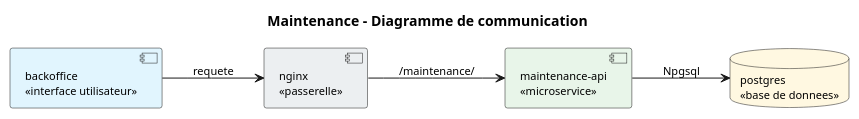
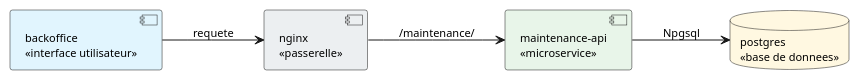
One commit to saber-barhoumi/Xpark-gmao changed the diagram in docs/diagrams/microservices/Maintenance/Maintenance-communication.puml. Above: the diagram before and after it, drawn with PlantUML. The commit also changed 217 other files, not shown here.

```diff
--- a/docs/diagrams/microservices/Maintenance/Maintenance-communication.puml
+++ b/docs/diagrams/microservices/Maintenance/Maintenance-communication.puml
@@ -1,32 +1,30 @@
 @startuml
 skinparam style strictuml
 skinparam packageStyle rectangle
 skinparam classAttributeIconSize 0
 skinparam shadowing false
 skinparam defaultFontName Verdana
 skinparam defaultFontSize 11
 skinparam backgroundColor #FFFFFF
 hide empty members
 skinparam componentStyle rectangle
 left to right direction
-
-title Maintenance - Diagramme de communication
 
 ' 1. Clients
 component "backoffice\n<<interface utilisateur>>" as BO #E1F5FE
 
 ' 2. Passerelle
 component "nginx\n<<passerelle>>" as GW #ECEFF1
 
 ' 3. Service
 component "maintenance-api\n<<microservice>>" as API #E8F5E9
 
 ' 4. Persistance et messagerie
 database "postgres\n<<base de donnees>>" as BD #FFF8E1
 
 ' Flux synchrone (HTTP), de gauche a droite
 BO --> GW : requete
 GW --> API : /maintenance/
 API --> BD : Npgsql
 
 @enduml
```
